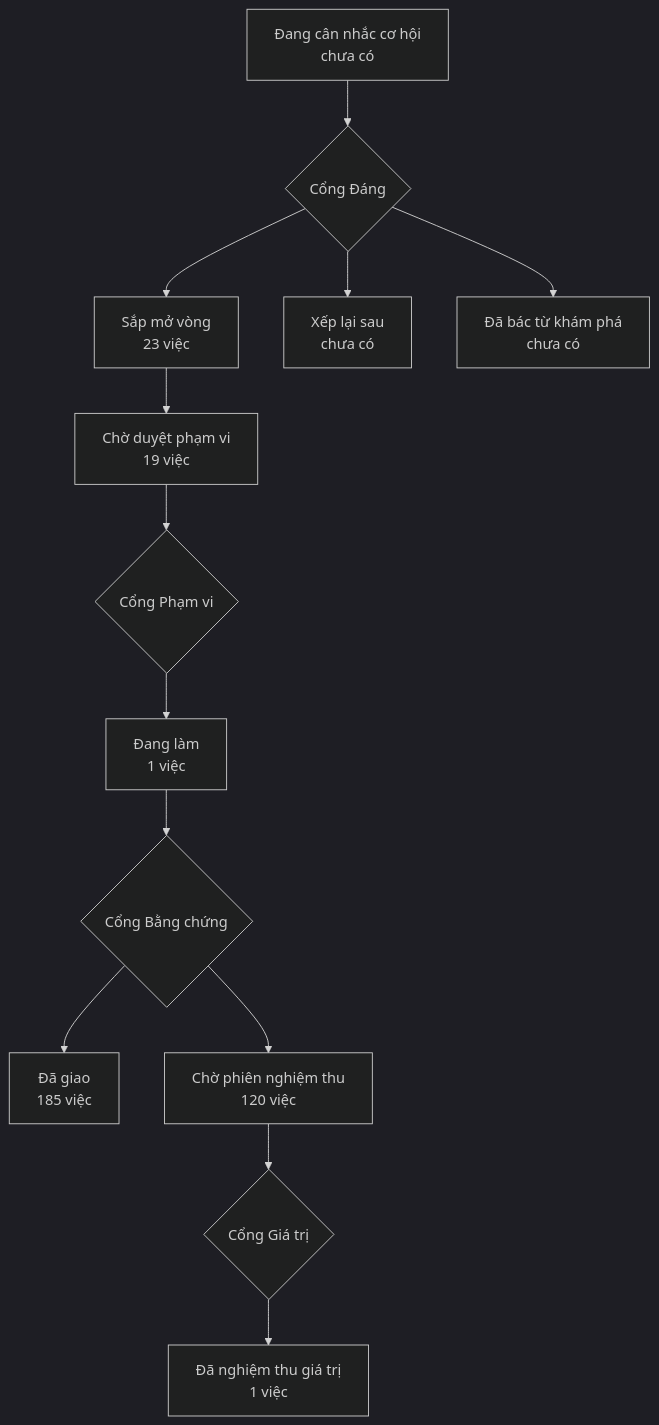
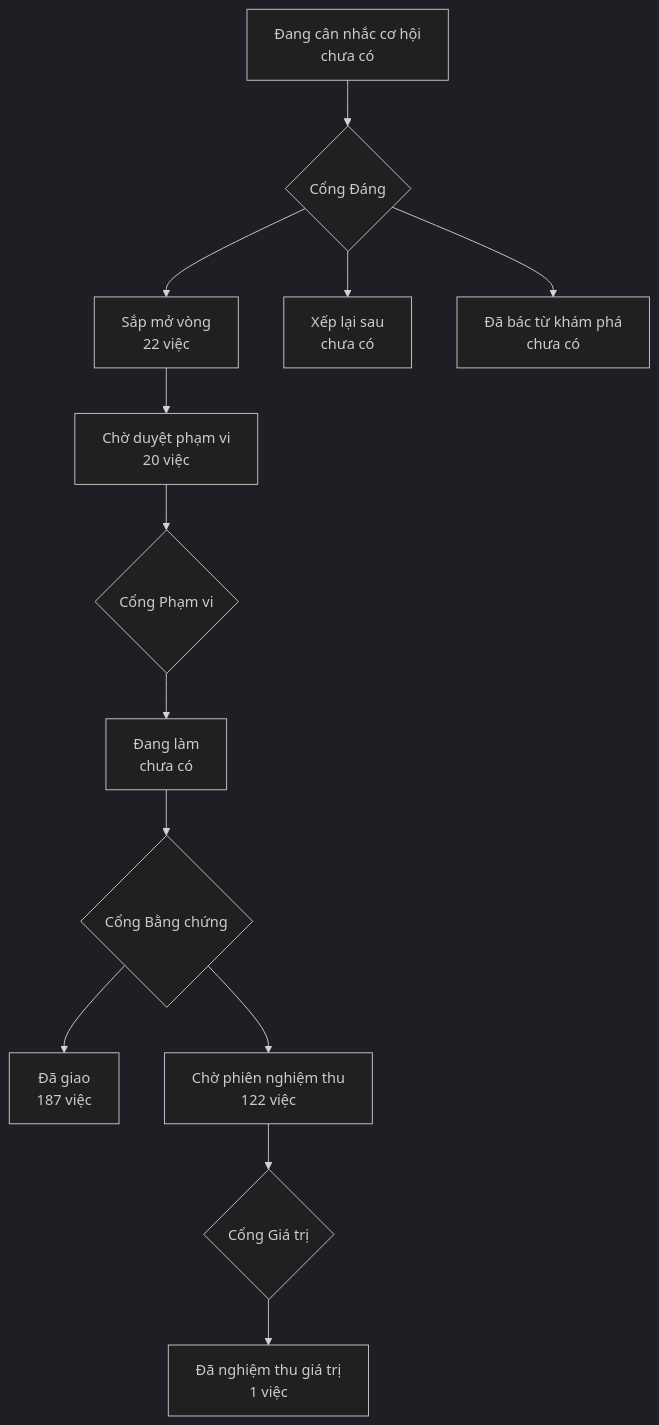
Before and after one commit to phanlemanh/onehub-invest: the diagram in PRODUCT-MAP.md, drawn with Mermaid (dark theme). The commit also changed other lines of this file and 4 other files, not shown here.

````diff
--- a/PRODUCT-MAP.md
+++ b/PRODUCT-MAP.md
@@ -7,12 +7,12 @@
 ```mermaid
 flowchart TD
   A["Đang cân nhắc cơ hội<br/>chưa có"] --> GD{"Cổng Đáng"}
-  GD --> B["Sắp mở vòng<br/>23 việc"]
+  GD --> B["Sắp mở vòng<br/>22 việc"]
   GD --> XL["Xếp lại sau<br/>chưa có"]
   GD --> DB["Đã bác từ khám phá<br/>chưa có"]
-  B --> CD["Chờ duyệt phạm vi<br/>19 việc"] --> GP{"Cổng Phạm vi"}
-  GP --> DL["Đang làm<br/>1 việc"] --> GB{"Cổng Bằng chứng"}
-  GB --> DG["Đã giao<br/>185 việc"]
-  GB --> CN["Chờ phiên nghiệm thu<br/>120 việc"] --> GG{"Cổng Giá trị"}
+  B --> CD["Chờ duyệt phạm vi<br/>20 việc"] --> GP{"Cổng Phạm vi"}
+  GP --> DL["Đang làm<br/>chưa có"] --> GB{"Cổng Bằng chứng"}
+  GB --> DG["Đã giao<br/>187 việc"]
+  GB --> CN["Chờ phiên nghiệm thu<br/>122 việc"] --> GG{"Cổng Giá trị"}
   GG --> NT["Đã nghiệm thu giá trị<br/>1 việc"]
 ```
````
